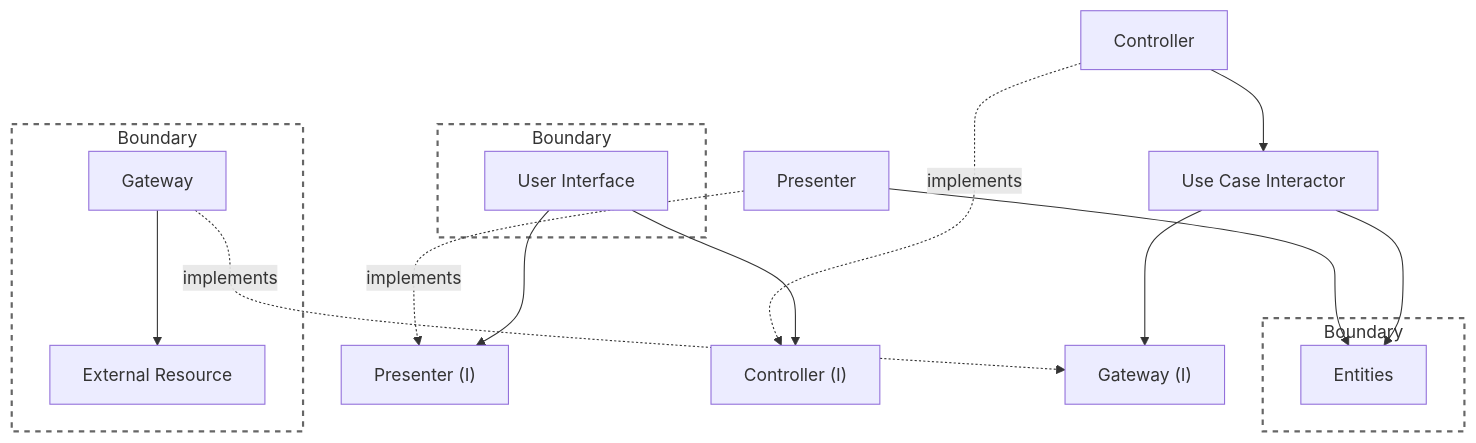
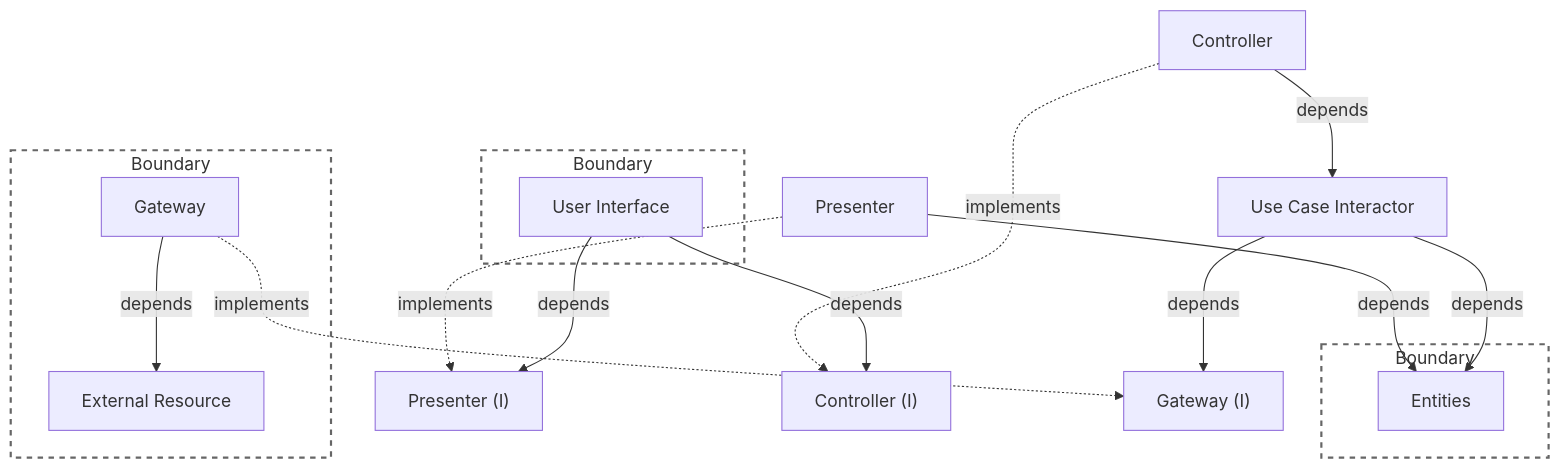
The first of 16 diagrams in docs/architecture.md (clean-reactive/documentation), drawn with Mermaid before and after one commit. The commit also changed other lines of this file, not shown here.

Commit message:
Architecture: label arrows in mermaid diagrams

````diff
--- a/docs/architecture.md
+++ b/docs/architecture.md
@@ -24,40 +24,40 @@
 ```mermaid
 graph TD
 
 subgraph B1["Boundary"]
 G[Gateway]
 ER[External Resource]
 end
 
 subgraph B2["Boundary"]
 UI[User Interface]
 end
 
 subgraph B3["Boundary"]
 E[Entities]
 end
 
 P[Presenter]
 C[Controller]
 PI["Presenter (I)"]
 CI["Controller (I)"]
 GI["Gateway (I)"]
 UC[Use Case Interactor]
 
 %% implementation relation
 P -. implements .-> PI
 C -. implements .-> CI
 G -. implements .-> GI
 
 %% dependency relation
-UI --> PI
-UI --> CI
-C --> UC
-P --> E
-UC --> E
-UC --> GI
-G --> ER
+UI -- depends --> PI
+UI -- depends --> CI
+C -- depends --> UC
+P -- depends --> E
+UC -- depends --> E
+UC -- depends --> GI
+G -- depends --> ER
 
 classDef boundary fill:none,stroke:#666,stroke-width:2px,stroke-dasharray: 5 5;
 class B1,B2,B3 boundary;
 ```
````
